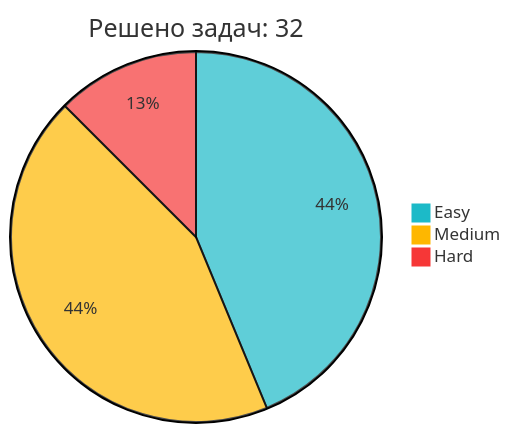
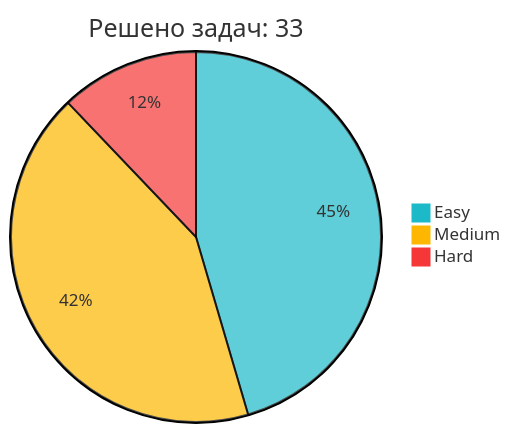
The diagram in README.md (IliaKurdukov/IliaKurdukov), drawn with Mermaid before and after one commit. The commit also changed other lines of this file, not shown here.

Commit message:
📈 Обновление статистики LeetCode

````diff
--- a/README.md
+++ b/README.md
@@ -51,7 +51,7 @@
 ```mermaid
 %%{init: {'theme': 'base', 'themeVariables': { 'pie1': '#1CBAC8', 'pie2': '#FEB700', 'pie3': '#F63737' }, 'config': {'width': 300, 'height': 200}}}%%
-pie title Решено задач: 32
-   "Easy" : 14
+pie title Решено задач: 33
+   "Easy" : 15
    "Medium" : 14
    "Hard" : 4
 ```
````
